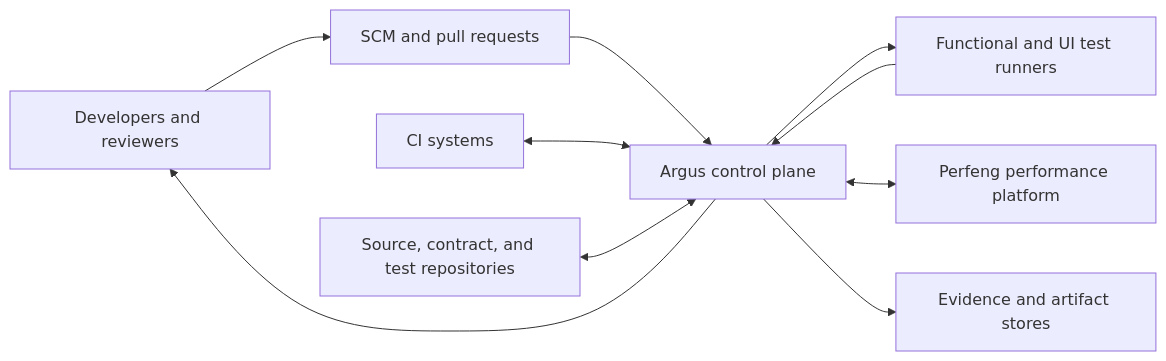
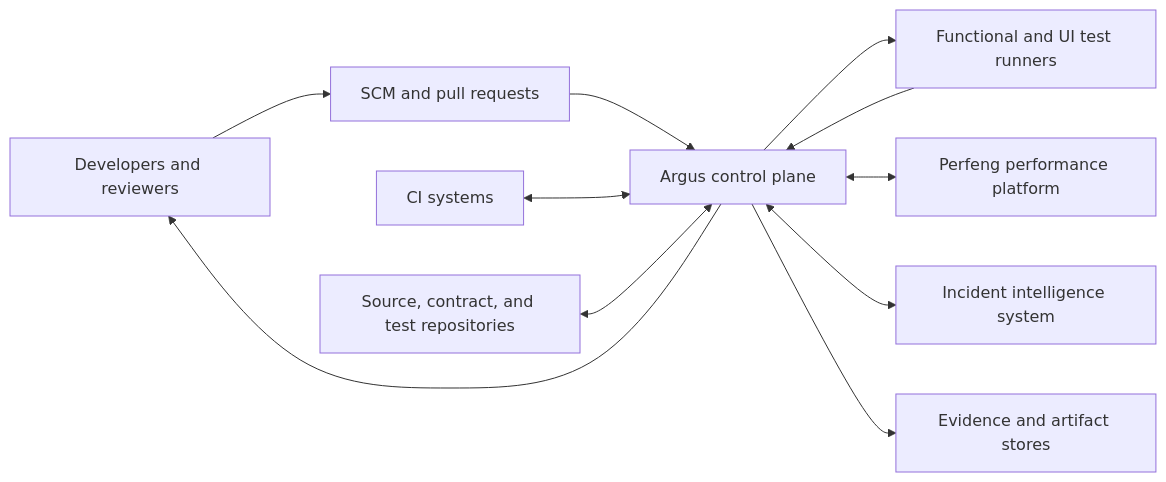
One commit to stanimirivanov/argus changed the first of 2 diagrams in docs/architecture/overview.md. Above: the diagram before and after it, drawn with Mermaid. The commit also changed other lines of this file and 2 other files, not shown here.

Commit message:
[#67] Define the incident-intelligence evidence boundary (#68)

```diff
--- a/docs/architecture/overview.md
+++ b/docs/architecture/overview.md
@@ -64,12 +67,13 @@
 ~~~mermaid
 flowchart LR
     DEV[Developers and reviewers] --> SCM[SCM and pull requests]
     SCM --> ARGUS[Argus control plane]
     CI[CI systems] <--> ARGUS
     REPOS[Source, contract, and test repositories] <--> ARGUS
     ARGUS --> RUNNERS[Functional and UI test runners]
     RUNNERS --> ARGUS
     ARGUS <--> PERFENG[Perfeng performance platform]
+    ARGUS <--> INCIDENT[Incident intelligence system]
     ARGUS --> ARTIFACTS[Evidence and artifact stores]
     ARGUS --> DEV
 ~~~
```
